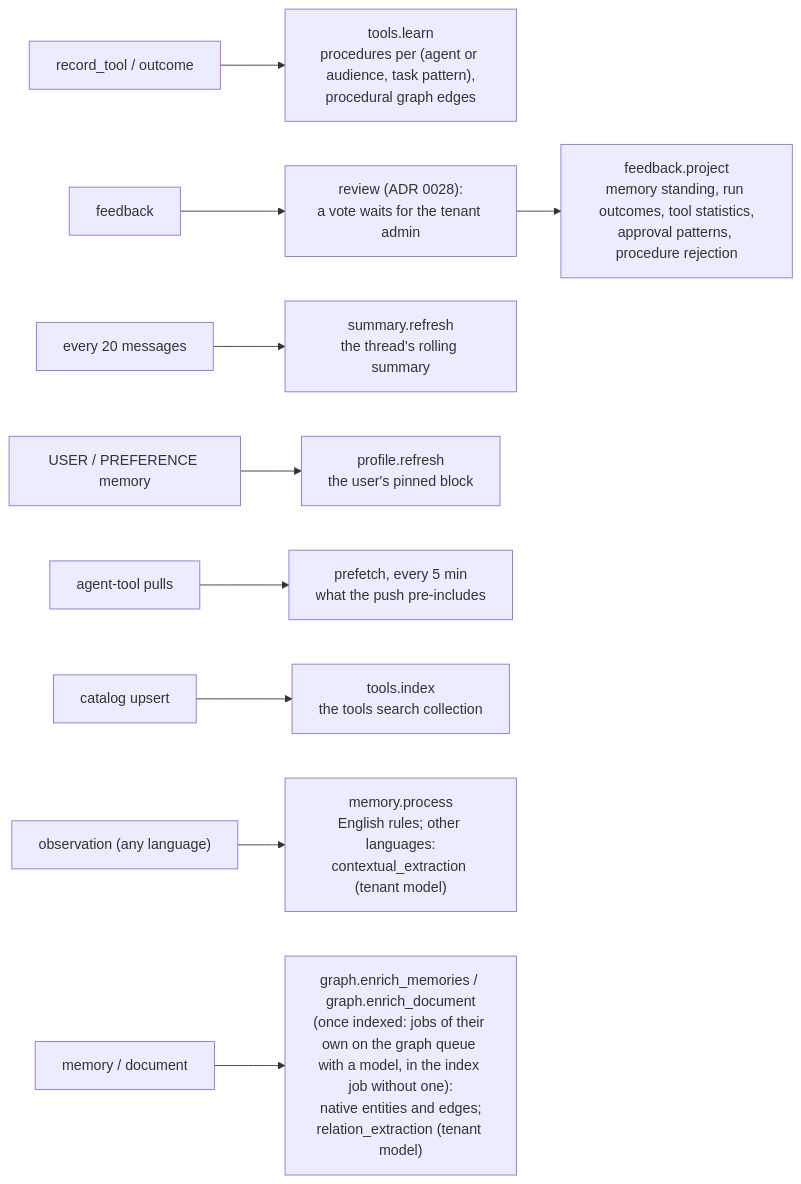
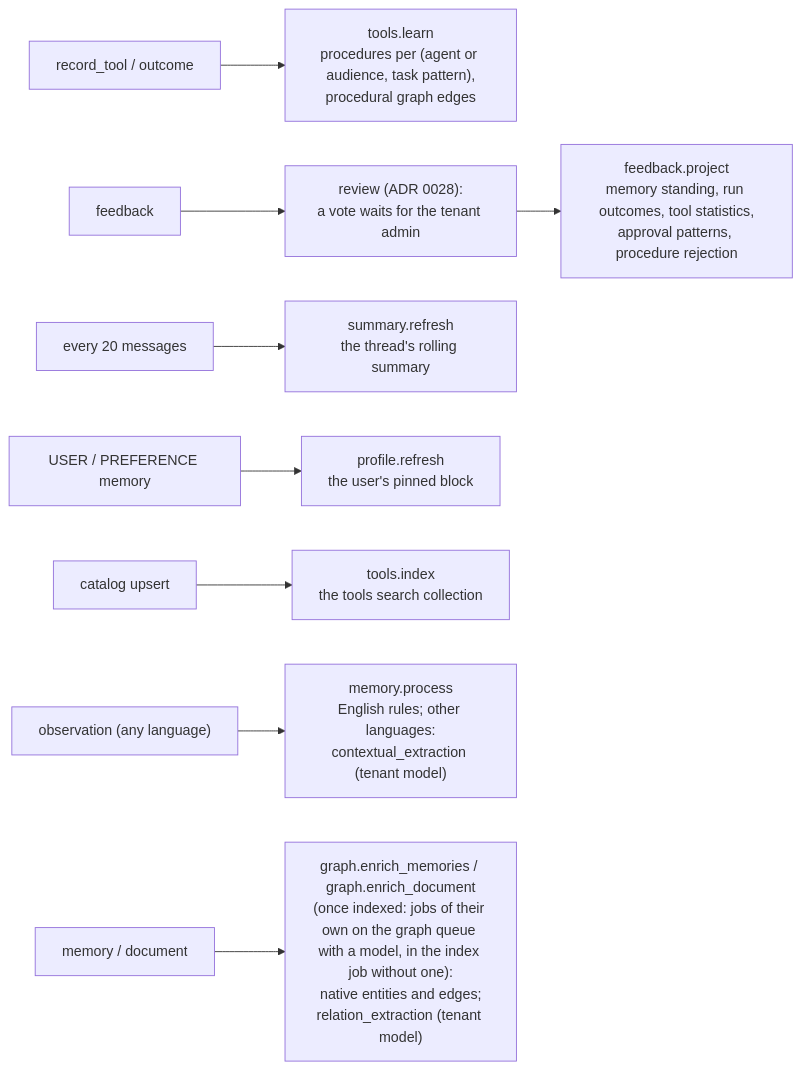
The eighth of 10 diagrams in docs/ARCHITECTURE.md (amitmohapatra/agent-memory-service), drawn with Mermaid before and after one commit. The commit also changed other lines of this file and 56 other files, not shown here.

First line of the commit message:
Remove prefetch learning, the agent-tool pull log and procedure distillation

````diff
--- a/docs/ARCHITECTURE.md
+++ b/docs/ARCHITECTURE.md
@@ -213,11 +213,10 @@
 ```mermaid
 flowchart LR
   rt["record_tool / outcome"] --> tl["tools.learn<br/>procedures per (agent or audience, task pattern),<br/>procedural graph edges"]
   fb[feedback] --> rv["review (ADR 0028):<br/>a vote waits for the tenant admin"] --> fp["feedback.project<br/>memory standing, run outcomes, tool statistics,<br/>approval patterns, procedure rejection"]
   msg["every 20 messages"] --> sr["summary.refresh<br/>the thread's rolling summary"]
   up["USER / PREFERENCE memory"] --> pr["profile.refresh<br/>the user's pinned block"]
-  pulls["agent-tool pulls"] --> pf["prefetch, every 5 min<br/>what the push pre-includes"]
   cat["catalog upsert"] --> ti["tools.index<br/>the tools search collection"]
   obs["observation (any language)"] --> mp["memory.process<br/>English rules; other languages:<br/>contextual_extraction (tenant model)"]
   md["memory / document"] --> ge["graph.enrich_memories / graph.enrich_document<br/>(once indexed: jobs of their own on the graph queue with a model, in the index job without one):<br/>native entities and edges;<br/>relation_extraction (tenant model)"]
 ```
````
